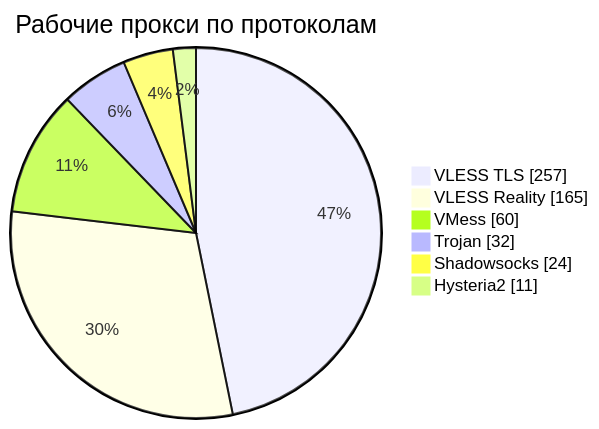
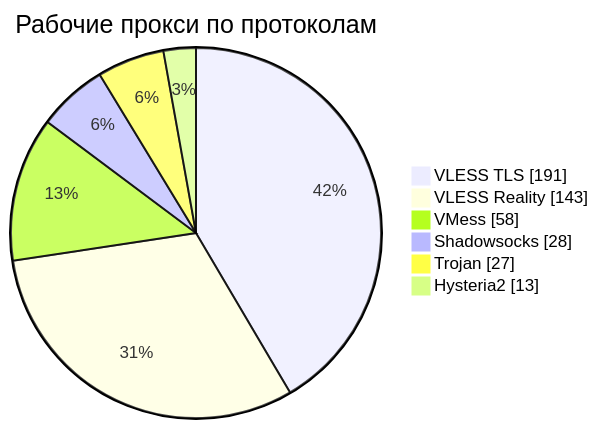
The third of 4 diagrams in README.md (rvvg/proxy-subs), drawn with Mermaid before and after one commit. The commit also changed other lines of this file and 46 other files, not shown here.

````diff
--- a/README.md
+++ b/README.md
@@ -132,10 +133,10 @@
 ```mermaid
 pie showData
     title Рабочие прокси по протоколам
-    "VLESS TLS" : 257
-    "VLESS Reality" : 165
-    "VMess" : 60
-    "Trojan" : 32
-    "Shadowsocks" : 24
-    "Hysteria2" : 11
+    "VLESS TLS" : 191
+    "VLESS Reality" : 143
+    "VMess" : 58
+    "Shadowsocks" : 28
+    "Trojan" : 27
+    "Hysteria2" : 13
 ```
````
